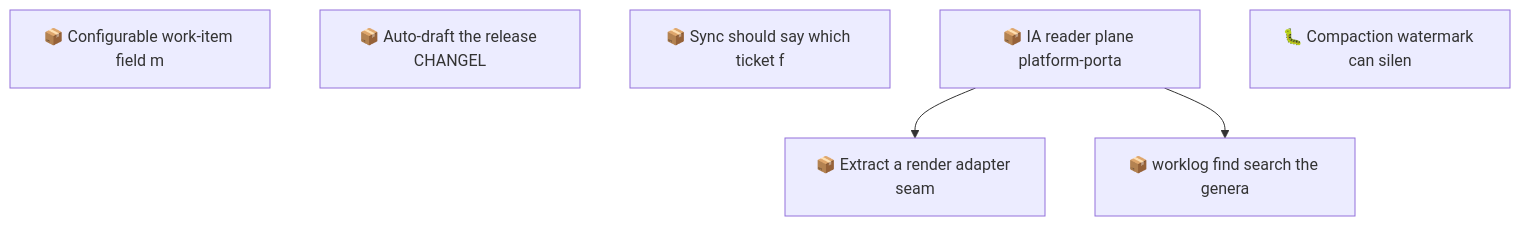
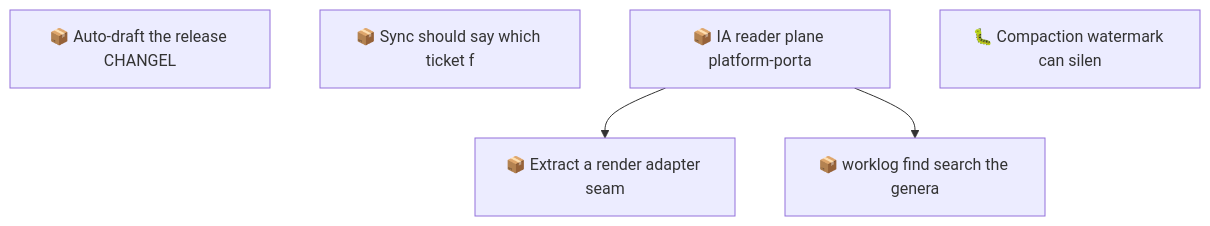
The second of 2 diagrams in docs/roadmap.md (SpillwaveSolutions/wiki_ticket_sdd), drawn with Mermaid before and after one commit. The commit also changed other lines of this file and 18 other files, not shown here.

````diff
--- a/docs/roadmap.md
+++ b/docs/roadmap.md
@@ -69,12 +67,11 @@
 ```mermaid
 graph TD
-    01KY5NE0ZYGBWG44N0KPEBFCZ8["📦 Configurable work-item field m"]
     01KYAC0AC01R4C6W7YY1X8NVRV["📦 Auto-draft the release CHANGEL"]
     01KYNHEVDSD4BTASXCTV88Q80Q["📦 Sync should say which ticket f"]
     01KYWGM3KPNQNSWV03FRG23ADB["📦 IA reader plane platform-porta"]
     01KYWGM3R13Q33YZ3PJA3V7QMD["📦 Extract a render adapter seam"]
     01KYWGM3W958F3QK4HB52X1Q1X["📦 worklog find search the genera"]
     01KYZ5CY9PS60BYH1E07DF5C9P["🐛 Compaction watermark can silen"]
     01KYWGM3KPNQNSWV03FRG23ADB --> 01KYWGM3R13Q33YZ3PJA3V7QMD
     01KYWGM3KPNQNSWV03FRG23ADB --> 01KYWGM3W958F3QK4HB52X1Q1X
 ```
````
